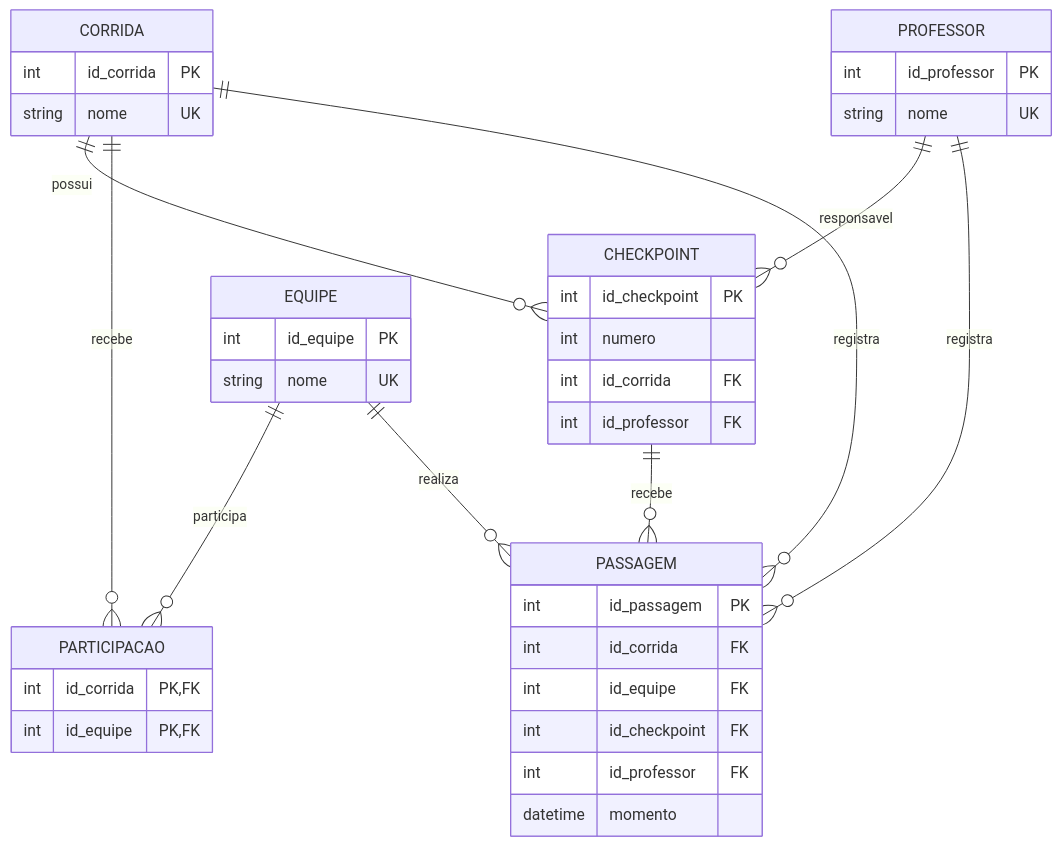
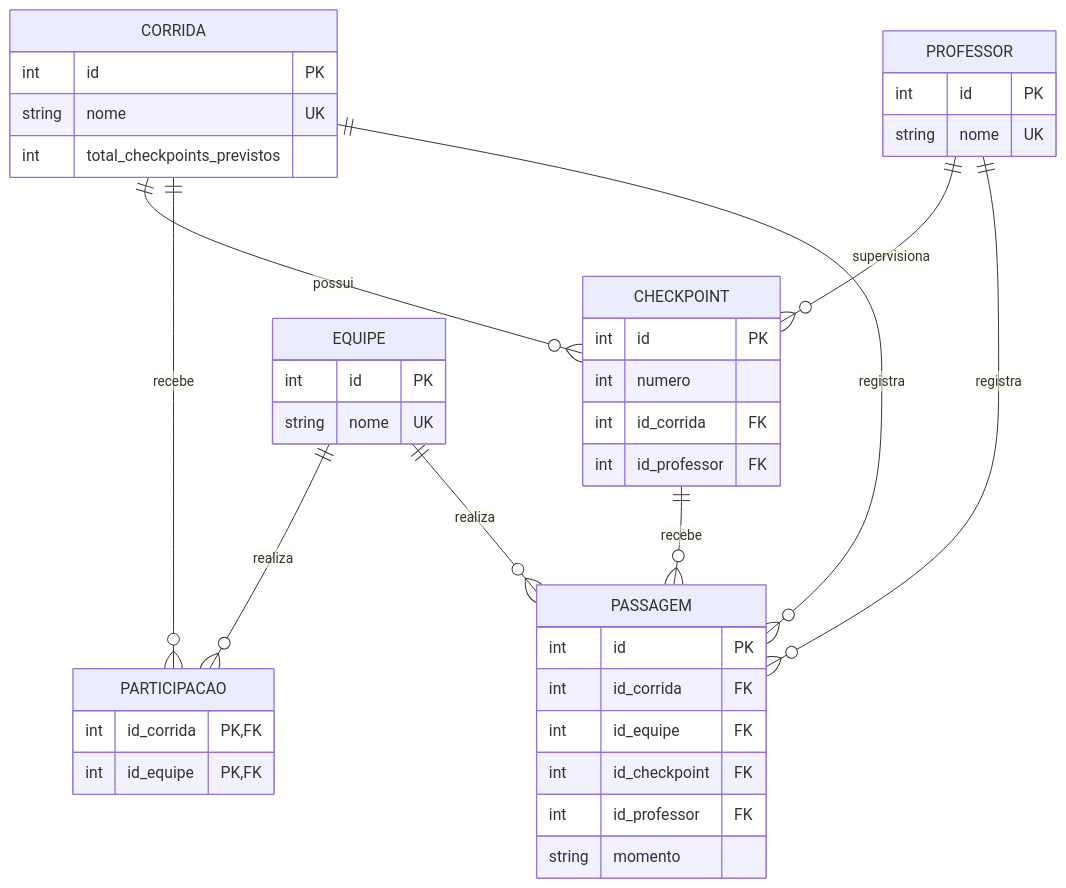
Before and after one commit to pdrjul1o/CheckpointsTrekking: the diagram in README.md, drawn with Mermaid. The commit also changed other lines of this file and 39 other files, not shown here.

````diff
--- a/README.md
+++ b/README.md
@@ -97,48 +28,42 @@
 ```mermaid
 erDiagram
-
     CORRIDA ||--o{ CHECKPOINT : possui
-    PROFESSOR ||--o{ CHECKPOINT : responsavel
+    PROFESSOR ||--o{ CHECKPOINT : supervisiona
     CORRIDA ||--o{ PARTICIPACAO : recebe
-    EQUIPE ||--o{ PARTICIPACAO : participa
+    EQUIPE ||--o{ PARTICIPACAO : realiza
     CORRIDA ||--o{ PASSAGEM : registra
     EQUIPE ||--o{ PASSAGEM : realiza
     CHECKPOINT ||--o{ PASSAGEM : recebe
     PROFESSOR ||--o{ PASSAGEM : registra
-
     CORRIDA {
-        int id_corrida PK
+        int id PK
+        string nome UK
+        int total_checkpoints_previstos
+    }
+    EQUIPE {
+        int id PK
         string nome UK
     }
-
-    EQUIPE {
-        int id_equipe PK
+    PROFESSOR {
+        int id PK
         string nome UK
     }
-
-    PROFESSOR {
-        int id_professor PK
-        string nome UK
-    }
-
     CHECKPOINT {
-        int id_checkpoint PK
+        int id PK
         int numero
         int id_corrida FK
         int id_professor FK
     }
-
     PARTICIPACAO {
-        int id_corrida PK, FK
-        int id_equipe PK, FK
+        int id_corrida PK,FK
+        int id_equipe PK,FK
     }
-
     PASSAGEM {
-        int id_passagem PK
+        int id PK
         int id_corrida FK
         int id_equipe FK
         int id_checkpoint FK
         int id_professor FK
-        datetime momento
+        string momento
     }
 ```
````
